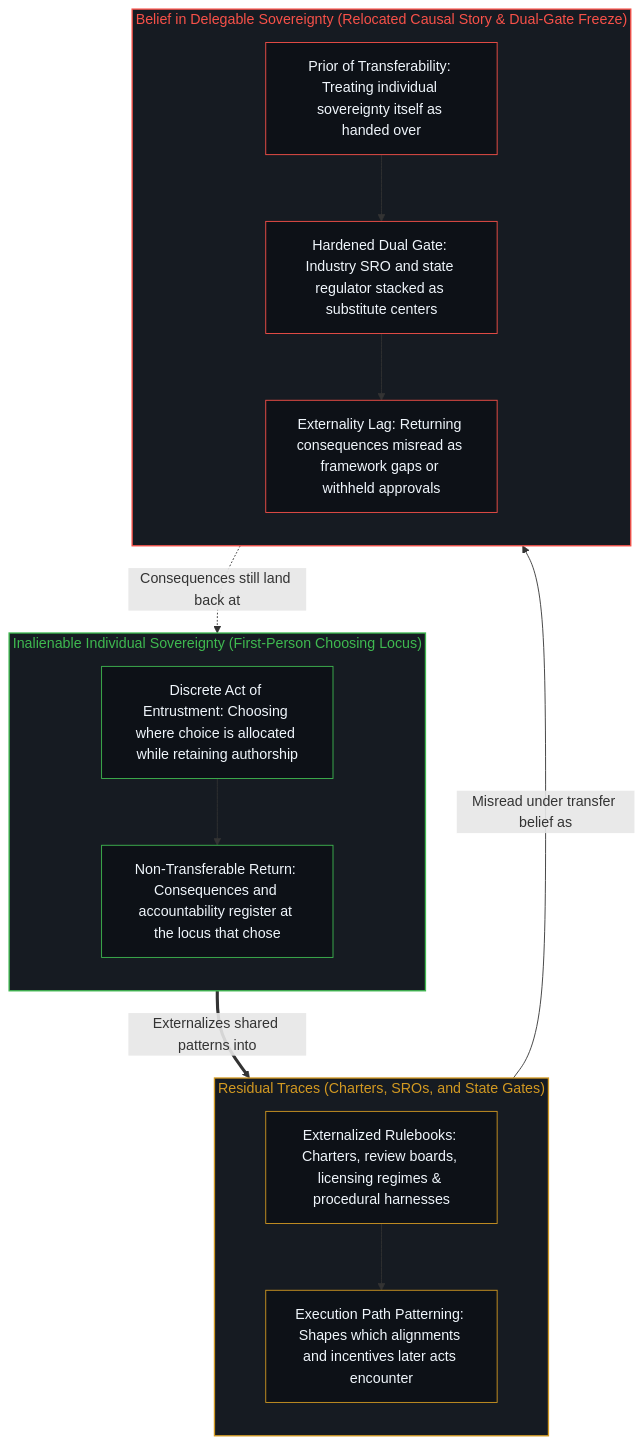
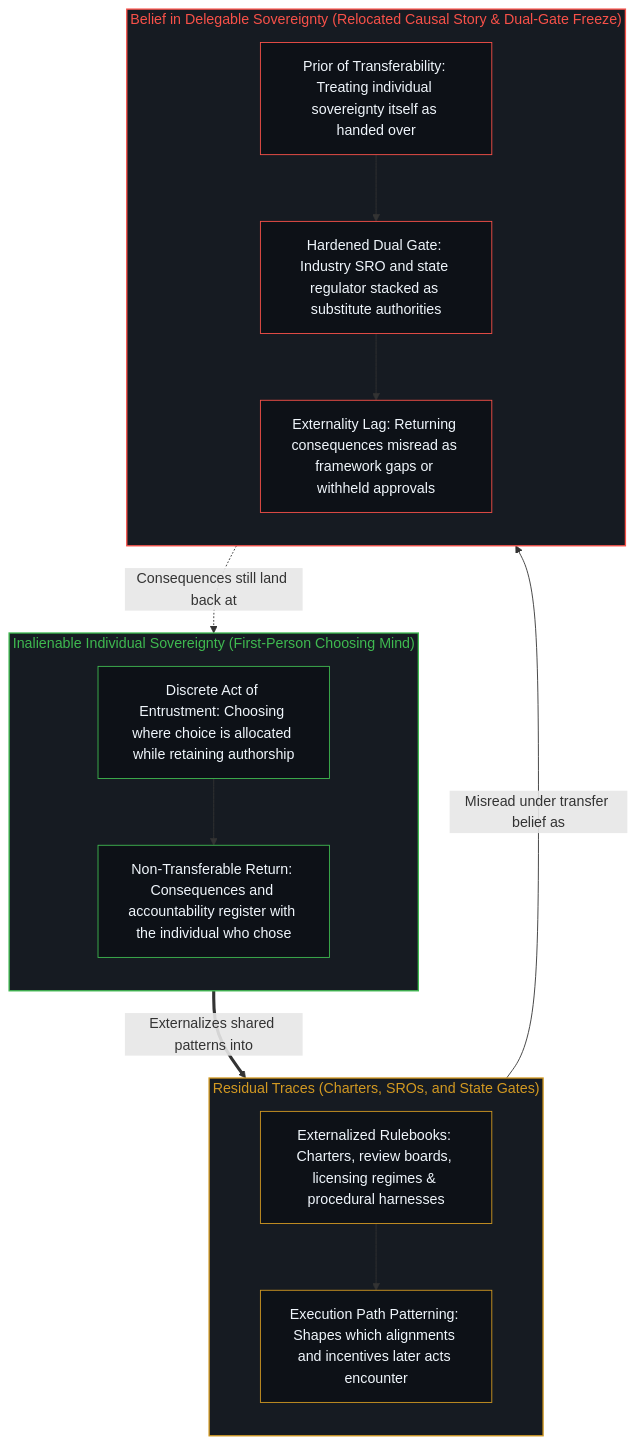
One commit to powerpig99/not-a-toe changed the second of 2 diagrams in content/posts/sovereignty-belief-and-regulatory-structures.md. Above: the diagram before and after it, drawn with Mermaid. The commit also changed other lines of this file and 3 other files, not shown here.

````diff
--- a/content/posts/sovereignty-belief-and-regulatory-structures.md
+++ b/content/posts/sovereignty-belief-and-regulatory-structures.md
@@ -80,36 +80,36 @@
 ```mermaid
 flowchart TD
-    subgraph S_Locus["Inalienable Individual Sovereignty (First-Person Choosing Locus)"]
+    subgraph S_Locus["Inalienable Individual Sovereignty (First-Person Choosing Mind)"]
         direction TB
         Choose["Discrete Act of Entrustment: Choosing where choice is allocated while retaining authorship"]
-        Return["Non-Transferable Return: Consequences and accountability register at the locus that chose"]
+        Return["Non-Transferable Return: Consequences and accountability register with the individual who chose"]
         Choose --> Return
     end
     subgraph S_Residue["Residual Traces (Charters, SROs, and State Gates)"]
         direction TB
         Traces["Externalized Rulebooks: Charters, review boards, licensing regimes & procedural harnesses"]
         Pattern["Execution Path Patterning: Shapes which alignments and incentives later acts encounter"]
         Traces --> Pattern
     end
     subgraph S_Freeze["Belief in Delegable Sovereignty (Relocated Causal Story & Dual-Gate Freeze)"]
         direction TB
         Belief["Prior of Transferability: Treating individual sovereignty itself as handed over"]
-        DualGate["Hardened Dual Gate: Industry SRO and state regulator stacked as substitute centers"]
+        DualGate["Hardened Dual Gate: Industry SRO and state regulator stacked as substitute authorities"]
         Lag["Externality Lag: Returning consequences misread as framework gaps or withheld approvals"]
         Belief --> DualGate
         DualGate --> Lag
     end
     Choose ==>|"Externalizes shared patterns into"| Traces
     Pattern -->|"Misread under transfer belief as"| Belief
     Lag -.->|"Consequences still land back at"| Return
     style S_Locus fill:#161b22,stroke:#3fb950,stroke-width:1.5px,color:#3fb950
     style S_Residue fill:#161b22,stroke:#d29922,stroke-width:1.5px,color:#d29922
     style S_Freeze fill:#161b22,stroke:#f85149,stroke-width:1.5px,color:#f85149
     style Choose fill:#0d1117,stroke:#3fb950,stroke-width:1px,color:#f0f6fc
     style Return fill:#0d1117,stroke:#3fb950,stroke-width:1px,color:#f0f6fc
     style Traces fill:#0d1117,stroke:#d29922,stroke-width:1px,color:#f0f6fc
     style Pattern fill:#0d1117,stroke:#d29922,stroke-width:1px,color:#f0f6fc
     style Belief fill:#0d1117,stroke:#f85149,stroke-width:1px,color:#f0f6fc
     style DualGate fill:#0d1117,stroke:#f85149,stroke-width:1px,color:#f0f6fc
     style Lag fill:#0d1117,stroke:#f85149,stroke-width:1px,color:#f0f6fc
 ```
````
